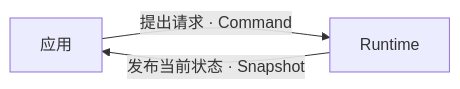
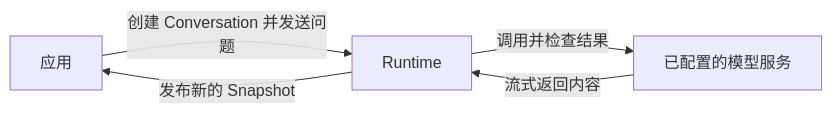
The diagram in docs-next/src/guide/quick-start.md (gene9831/tiny-robot), drawn with Mermaid before and after one commit. The commit also changed other lines of this file and 7 other files, not shown here.

````diff
--- a/docs-next/src/guide/quick-start.md
+++ b/docs-next/src/guide/quick-start.md
@@ -19,5 +94,7 @@
 ```mermaid
 flowchart LR
-  App["应用"] -->|"提出请求 · Command"| Runtime
-  Runtime -->|"发布当前状态 · Snapshot"| App
+  App["应用"] -->|"创建 Conversation 并发送问题"| Runtime["Runtime"]
+  Runtime -->|"调用并检查结果"| Model["已配置的模型服务"]
+  Model -->|"流式返回内容"| Runtime
+  Runtime -->|"发布新的 Snapshot"| App
 ```
````
